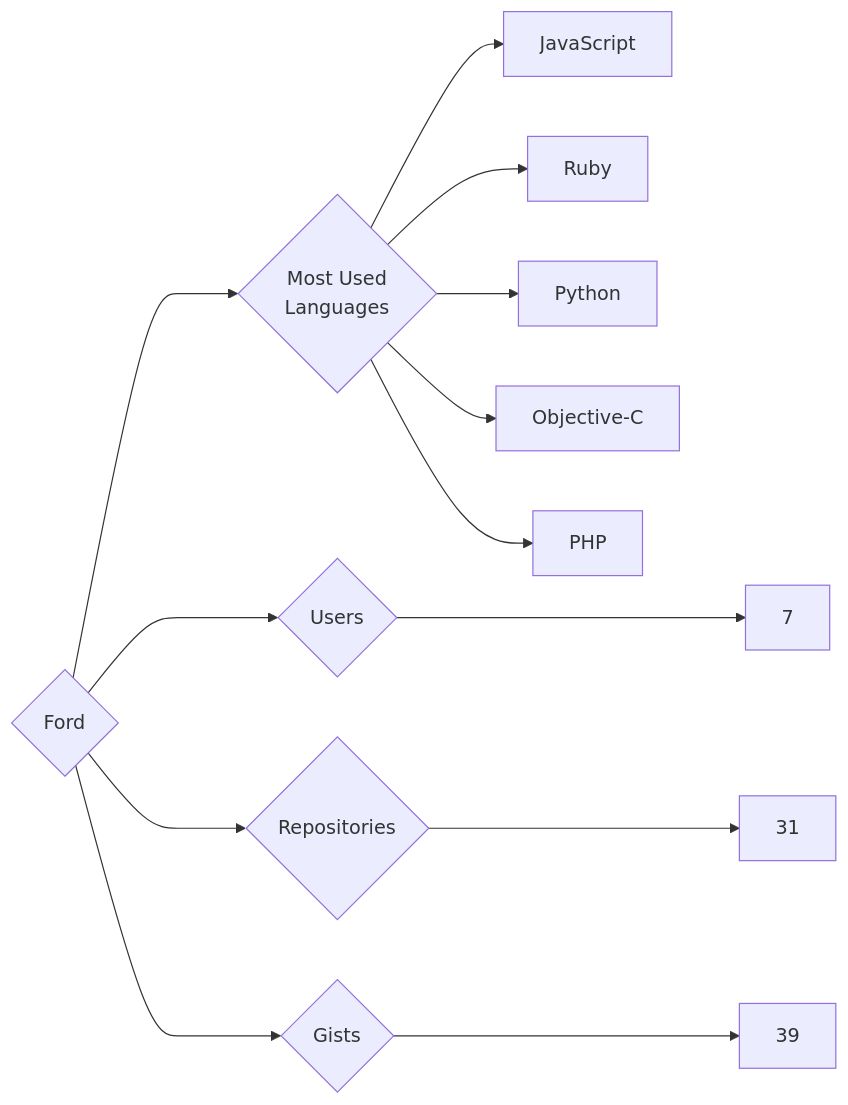
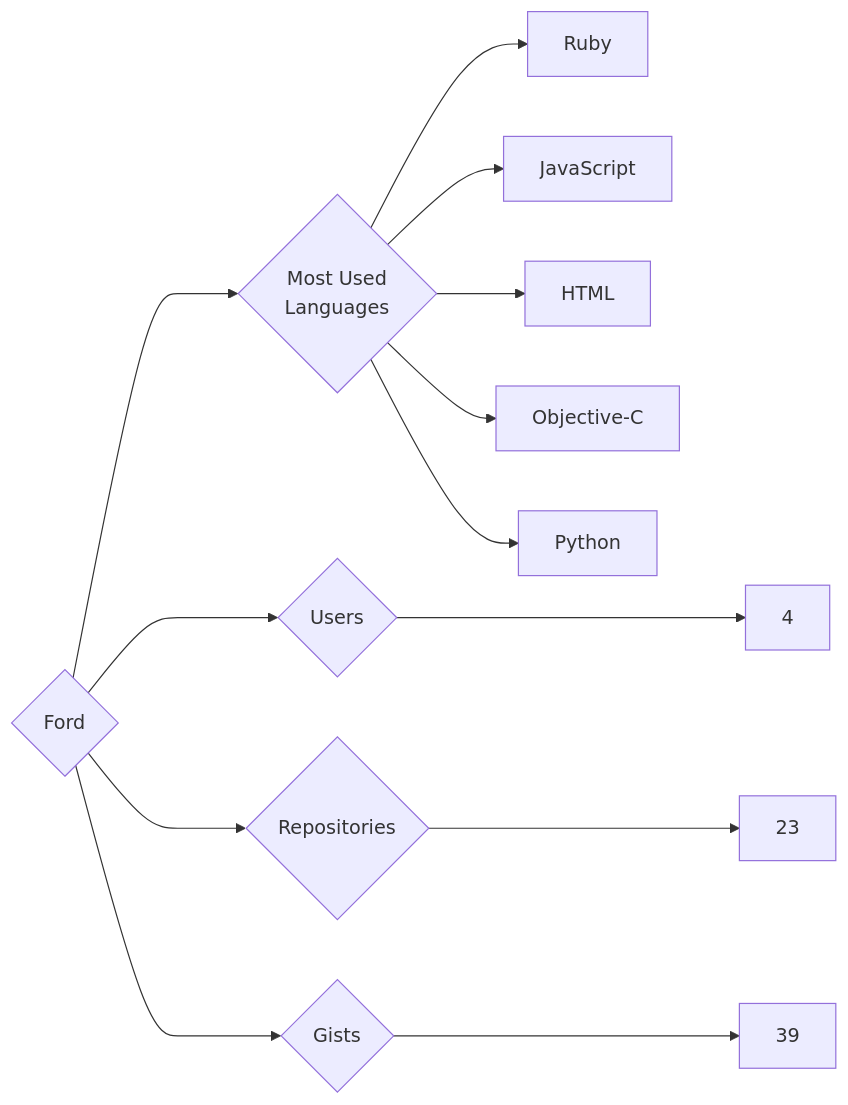
Before and after one commit to trickest/insiders: the diagram in targets/Ford/README.md, drawn with Mermaid. The commit also changed 873 other files, not shown here.

````diff
--- a/targets/Ford/README.md
+++ b/targets/Ford/README.md
@@ -3,13 +3,13 @@
 ```mermaid
 graph LR
 COMPANY_NAME{Ford}
-COMPANY_NAME ---> U{Users} ---> UN[7]
-COMPANY_NAME ---> R{Repositories} ---> RN[31]
+COMPANY_NAME ---> U{Users} ---> UN[4]
+COMPANY_NAME ---> R{Repositories} ---> RN[23]
 COMPANY_NAME ---> G{Gists} ---> GN[39]
 COMPANY_NAME ---> ML{Most Used<br>Languages}
+ML --> Ruby[Ruby]
 ML --> JavaScript[JavaScript]
-ML --> Ruby[Ruby]
+ML --> HTML[HTML]
+ML --> Objective-C[Objective-C]
 ML --> Python[Python]
-ML --> Objective-C[Objective-C]
-ML --> PHP[PHP]
 ```
````
